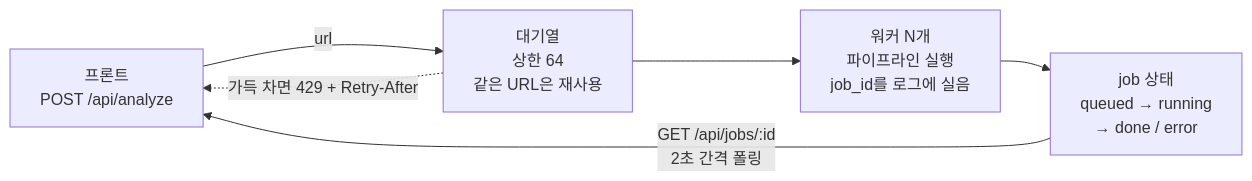
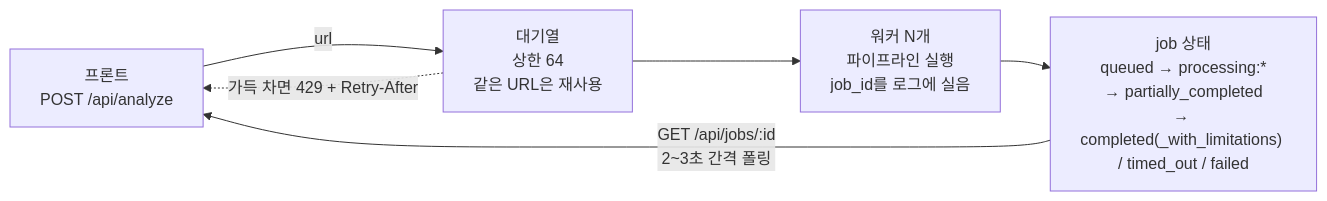
The fifth of 5 diagrams in docs/pipeline.md (Dynamic-Juo/be), drawn with Mermaid before and after one commit. The commit also changed other lines of this file and 10 other files, not shown here.

````diff
--- a/docs/pipeline.md
+++ b/docs/pipeline.md
@@ -189,8 +195,8 @@
 ```mermaid
 flowchart LR
     FE["프론트<br/>POST /api/analyze"] -->|"url"| QUEUE["대기열<br/>상한 64<br/>같은 URL은 재사용"]
     QUEUE --> WORKER["워커 N개<br/>파이프라인 실행<br/>job_id를 로그에 실음"]
-    WORKER --> JOB["job 상태<br/>queued → running<br/>→ done / error"]
-    JOB -->|"GET /api/jobs/:id<br/>2초 간격 폴링"| FE
+    WORKER --> JOB["job 상태<br/>queued → processing:*<br/>→ partially_completed<br/>→ completed(_with_limitations) / timed_out / failed"]
+    JOB -->|"GET /api/jobs/:id<br/>2~3초 간격 폴링"| FE
     QUEUE -.->|"가득 차면 429 + Retry-After"| FE
 ```
````
